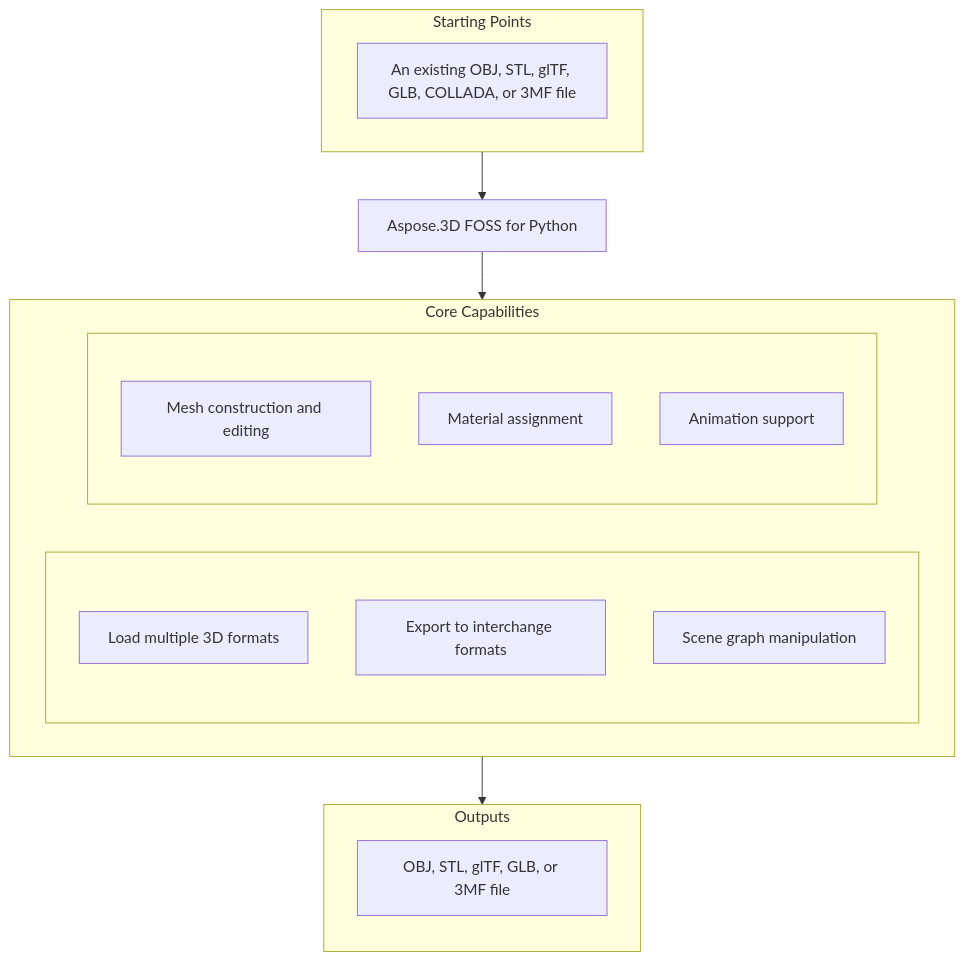
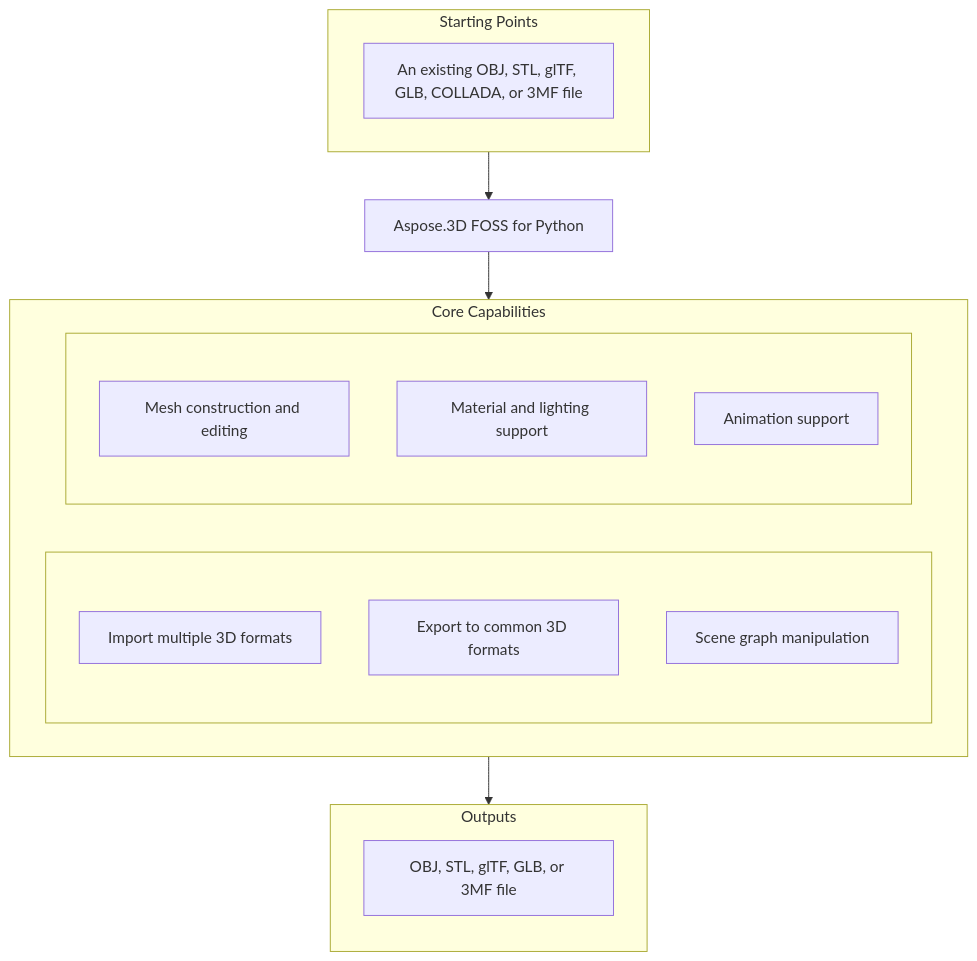
The diagram in candidates/aspose-3d-foss__Aspose.3D-FOSS-for-Python/65b1f577c0f16d0d9112bb6c1153d3024543ac02/README.md (babar-raza/repository-presenter), drawn with Mermaid before and after one commit. The commit also changed other lines of this file and 14 other files, not shown here.

````diff
--- a/candidates/aspose-3d-foss__Aspose.3D-FOSS-for-Python/65b1f577c0f16d0d9112bb6c1153d3024543ac02/README.md
+++ b/candidates/aspose-3d-foss__Aspose.3D-FOSS-for-Python/65b1f577c0f16d0d9112bb6c1153d3024543ac02/README.md
@@ -25,28 +25,28 @@
 ```mermaid
 flowchart TD
   subgraph StartingPoints["Starting Points"]
     direction LR
     i1["An existing OBJ, STL, glTF, GLB, COLLADA, or 3MF file"]
   end
   PRODUCT["Aspose.3D FOSS for Python"]
   subgraph Capabilities["Core Capabilities"]
     direction LR
     subgraph capl[" "]
       direction TB
-      c1["Load multiple 3D formats"]
-      c2["Export to interchange formats"]
+      c1["Import multiple 3D formats"]
+      c2["Export to common 3D formats"]
       c3["Scene graph manipulation"]
     end
     subgraph capr[" "]
       direction TB
       c4["Mesh construction and editing"]
-      c5["Material assignment"]
+      c5["Material and lighting support"]
       c6["Animation support"]
     end
   end
   subgraph Outputs["Outputs"]
     direction TB
     o1["OBJ, STL, glTF, GLB, or 3MF file"]
   end
   StartingPoints --> PRODUCT --> Capabilities --> Outputs
 ```
````
